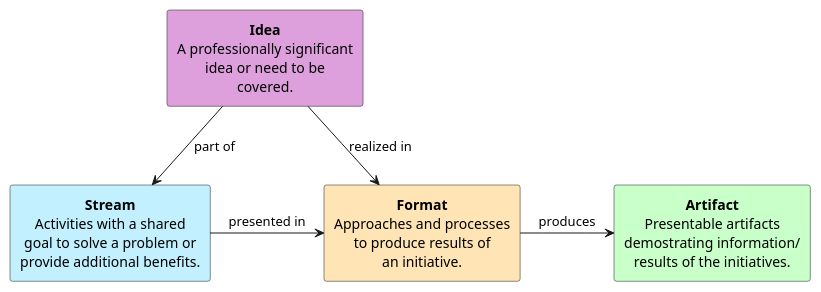
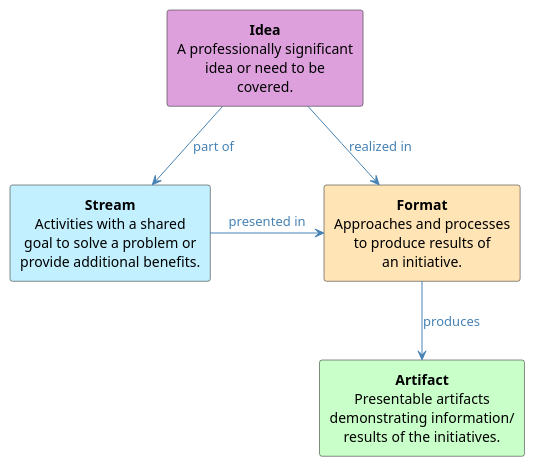
The diagram in docs/uml/value_stream.puml (Idea-Pool/topics), drawn with PlantUML before and after one commit. The commit also changed 19 other files, not shown here.

```diff
--- a/docs/uml/value_stream.puml
+++ b/docs/uml/value_stream.puml
@@ -1,33 +1,40 @@
 @startuml Idea Pool Value Stream
 skinparam defaultTextAlignment center
+skinparam defaultFontName Ubuntu Light
+skinparam backgroundColor transparent
+
+skinparam arrow {
+    Color SteelBlue
+    FontColor SteelBlue
+}
 
 rectangle idea #Plum [
 **Idea**
 A professionally significant
 idea or need to be
 covered.
 ]
 rectangle stream #APPLICATION [
 **Stream**
 Activities with a shared
 goal to solve a problem or
 provide additional benefits.
 ]
 rectangle format #Moccasin [
 **Format**
 Approaches and processes
 to produce results of
 an initiative.
 ]
 rectangle artifact #TECHNOLOGY [
 **Artifact**
 Presentable artifacts
-demostrating information/
+demonstrating information/
 results of the initiatives.
 ]
 
 idea -down-> format : realized in
 stream -right-> format : presented in
-format -right-> artifact : produces
+format -down-> artifact : produces
 idea -down-> stream : part of
 @enduml
```
